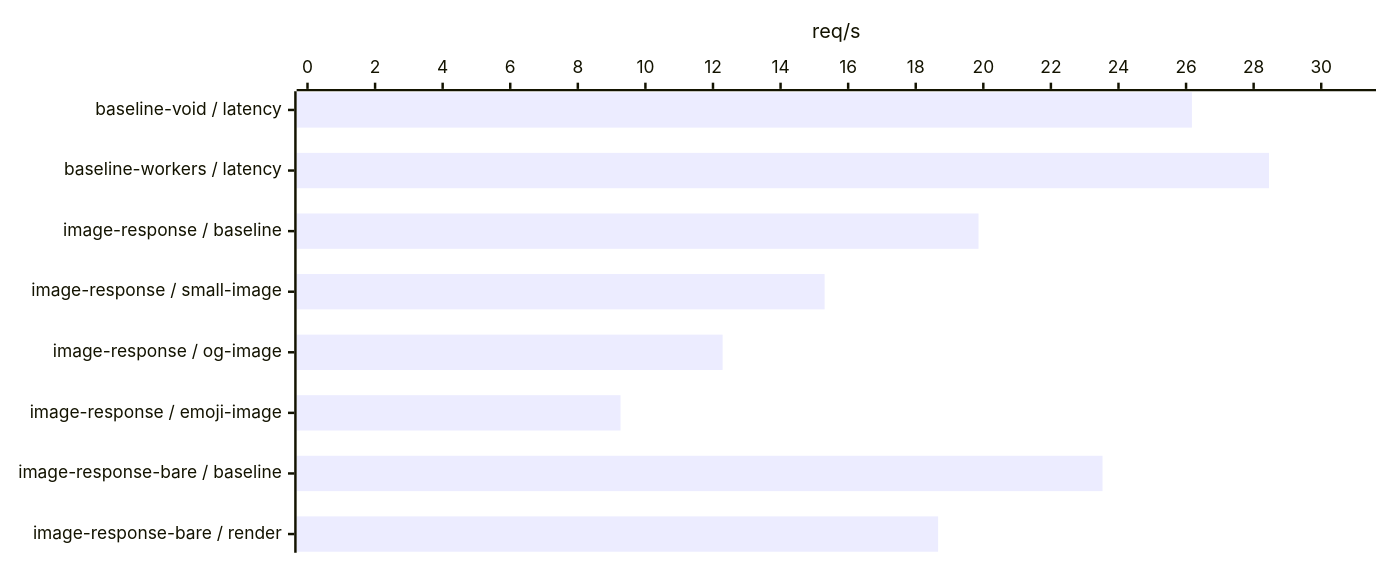
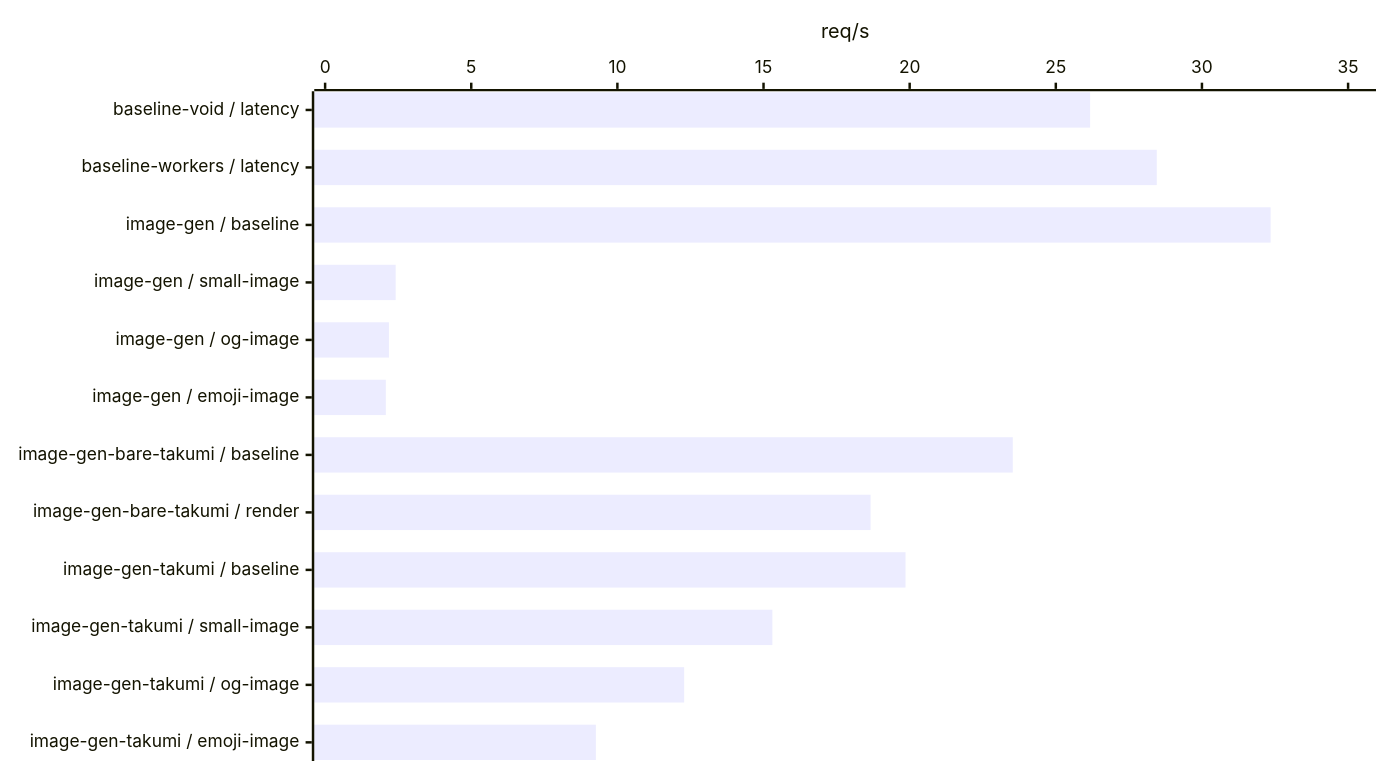
Diagram 13 of 25 in benchmark/report.md (voidzero-dev/void), drawn with Mermaid before and after one commit. The commit also changed other lines of this file and 41 other files, not shown here.

````diff
--- a/benchmark/report.md
+++ b/benchmark/report.md
@@ -242,12 +245,12 @@
 ```mermaid
 ---
 config:
   xyChart:
     width: 1100
-    height: 436
+    height: 604
 ---
 xychart-beta horizontal
-    x-axis ["baseline-void / latency", "baseline-workers / latency", "image-response / baseline", "image-response / small-image", "image-response / og-image", "image-response / emoji-image", "image-response-bare / baseline", "image-response-bare / render"]
-    y-axis "req/s" 0 --> 31.300356
-    bar [26.174257, 28.454869, 19.858394, 15.303167, 12.284791, 9.2635246, 23.527894, 18.662025]
+    x-axis ["baseline-void / latency", "baseline-workers / latency", "image-gen / baseline", "image-gen / small-image", "image-gen / og-image", "image-gen / emoji-image", "image-gen-bare-takumi / baseline", "image-gen-bare-takumi / render", "image-gen-takumi / baseline", "image-gen-takumi / small-image", "image-gen-takumi / og-image", "image-gen-takumi / emoji-image"]
+    y-axis "req/s" 0 --> 35.584156
+    bar [26.174257, 28.454869, 32.349233, 2.4135706, 2.1836406, 2.0770744, 23.527894, 18.662025, 19.858394, 15.303167, 12.284791, 9.2635246]
 ```
````
